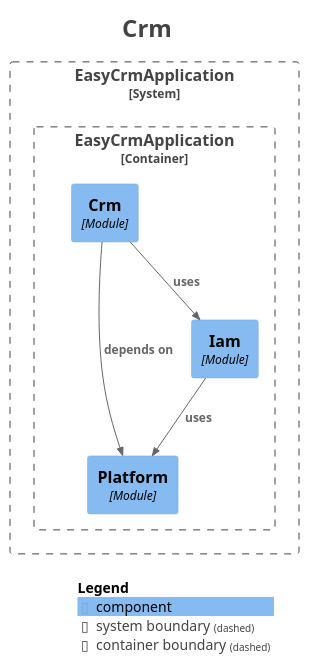
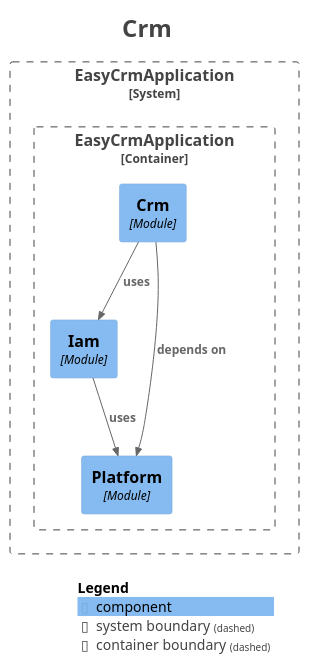
One commit to divyam-agarwal/eazy-crm changed the diagram in docs/architecture/modules/module-crm.puml. Above: the diagram before and after it, drawn with PlantUML. The commit also changed other lines of this file and 16 other files, not shown here.

```diff
--- a/docs/architecture/modules/module-crm.puml
+++ b/docs/architecture/modules/module-crm.puml
@@ -1,33 +1,33 @@
 @startuml
 title <size:24>Crm</size>
 
 set separator none
 top to bottom direction
 
 <style>
   root {
     BackgroundColor: #ffffff
     FontColor: #444444
   }
 </style>
 
 !include <C4/C4>
 !include <C4/C4_Context>
 !include <C4/C4_Component>
 
 System_Boundary("EasyCrmApplication_boundary", "EasyCrmApplication", $tags="") {
   Container_Boundary("EasyCrmApplication.EasyCrmApplication_boundary", "EasyCrmApplication", $tags="") {
+    Component(EasyCrmApplication.EasyCrmApplication.Crm, "Crm", $techn="Module", $descr="", $tags="", $link="")
+    Component(EasyCrmApplication.EasyCrmApplication.Iam, "Iam", $techn="Module", $descr="", $tags="", $link="")
     Component(EasyCrmApplication.EasyCrmApplication.Platform, "Platform", $techn="Module", $descr="", $tags="", $link="")
-    Component(EasyCrmApplication.EasyCrmApplication.Iam, "Iam", $techn="Module", $descr="", $tags="", $link="")
-    Component(EasyCrmApplication.EasyCrmApplication.Crm, "Crm", $techn="Module", $descr="", $tags="", $link="")
   }
 
 }
 
 Rel(EasyCrmApplication.EasyCrmApplication.Crm, EasyCrmApplication.EasyCrmApplication.Iam, "uses", $techn="", $tags="", $link="")
 Rel(EasyCrmApplication.EasyCrmApplication.Crm, EasyCrmApplication.EasyCrmApplication.Platform, "depends on", $techn="", $tags="", $link="")
 Rel(EasyCrmApplication.EasyCrmApplication.Iam, EasyCrmApplication.EasyCrmApplication.Platform, "uses", $techn="", $tags="", $link="")
 
 SHOW_LEGEND(true)
 hide stereotypes
 @enduml
```
